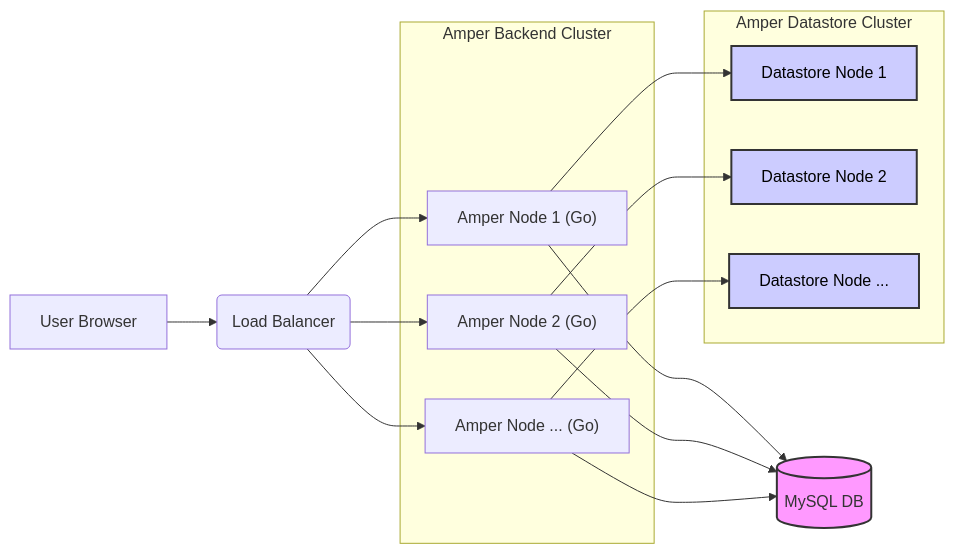
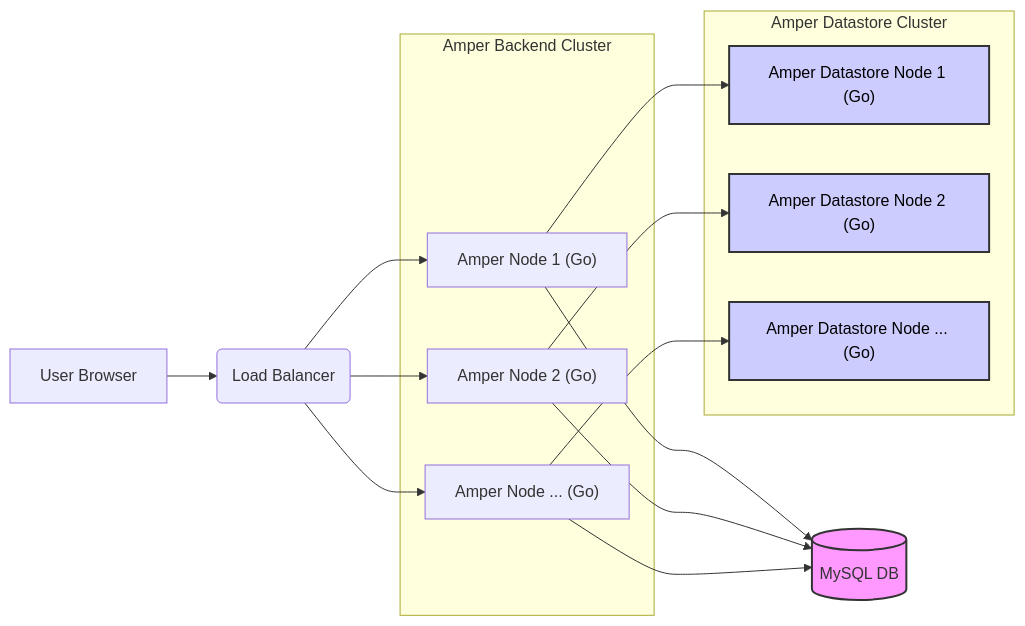
One commit to gnazaryan/amper changed the diagram in README.md. Above: the diagram before and after it, drawn with Mermaid.

````diff
--- a/README.md
+++ b/README.md
@@ -30,31 +30,31 @@
 ```mermaid
 graph LR
     User[User Browser] --> LB(Load Balancer);
     LB --> A1["Amper Node 1 (Go)"]; 
     LB --> A2["Amper Node 2 (Go)"]; 
     LB --> A3["Amper Node ... (Go)"];
 
     subgraph Amper Backend Cluster
         A1; A2; A3;
     end
 
     A1 --> DB[(MySQL DB)];
     A2 --> DB;
     A3 --> DB;
 
-    A1 --> DS1[Datastore Node 1];
-    A2 --> DS2[Datastore Node 2];
-    A3 --> DS3[Datastore Node ...];
+    A1 --> DS1["Amper Datastore Node 1 (Go)"];
+    A2 --> DS2["Amper Datastore Node 2 (Go)"];
+    A3 --> DS3["Amper Datastore Node ... (Go)"];
     
     %% Optional: Show more links if desired, e.g.:
     %% A1 --> DS2; A2 --> DS3; A3 --> DS1; 
 
     subgraph Amper Datastore Cluster
         DS1; DS2; DS3;
     end
 
     style DB fill:#f9f,stroke:#333,stroke-width:2px
     style DS1 fill:#ccf,stroke:#333,stroke-width:2px,color:#000
     style DS2 fill:#ccf,stroke:#333,stroke-width:2px,color:#000
     style DS3 fill:#ccf,stroke:#333,stroke-width:2px,color:#000
 ```
````
